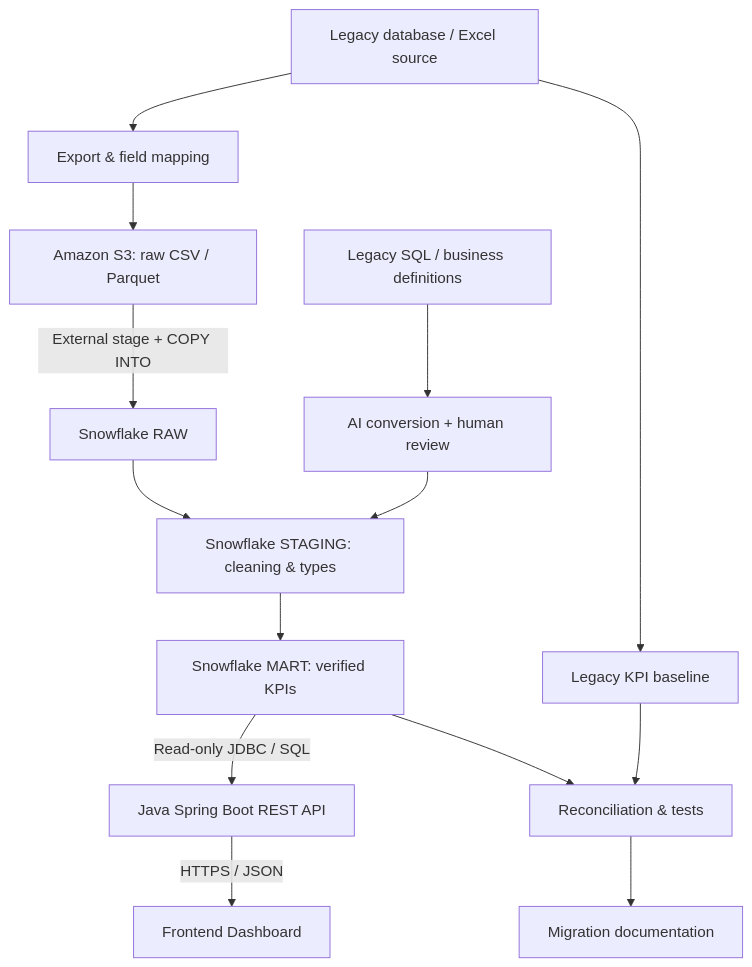
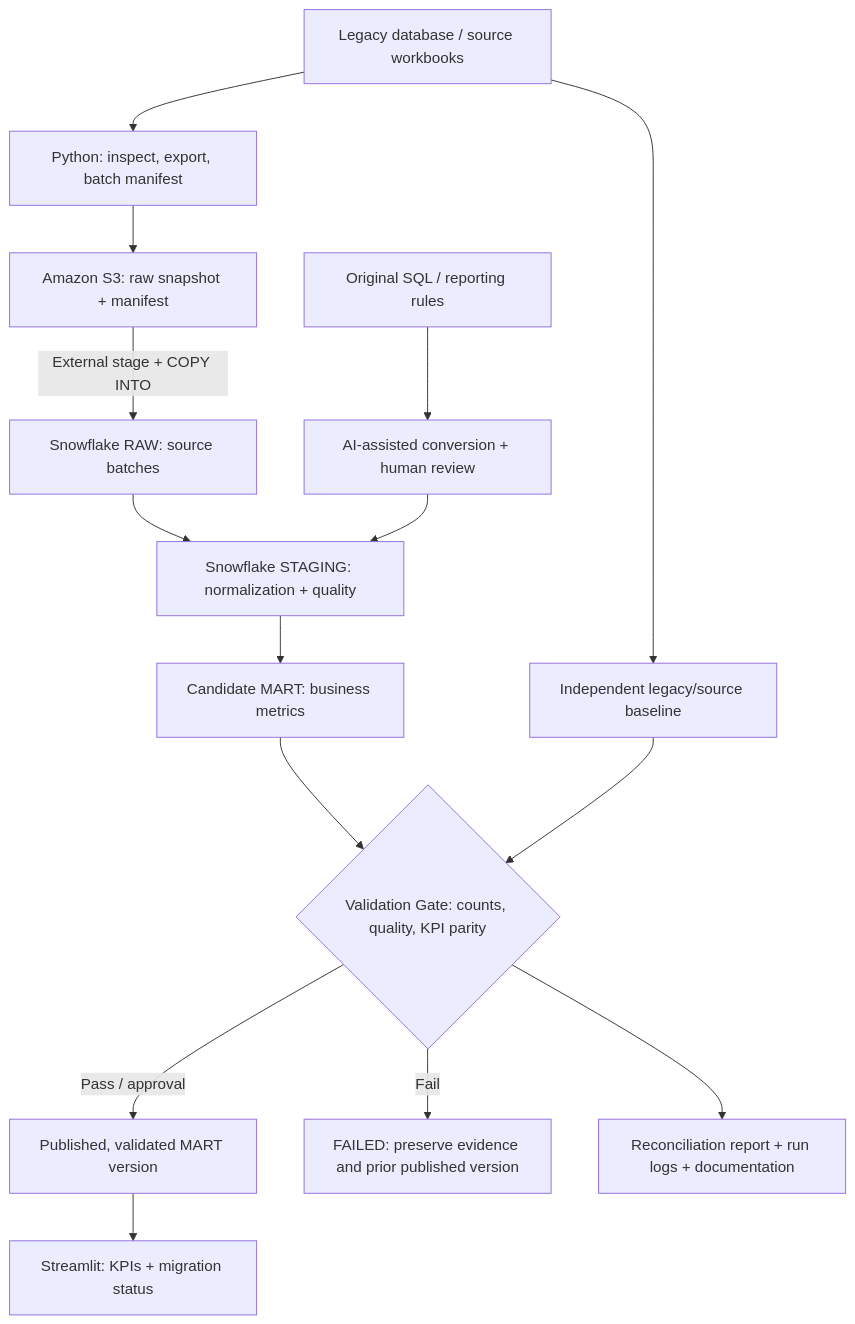
One commit to HackaThon-jok/datathon changed the diagram in README.md. Above: the diagram before and after it, drawn with Mermaid. The commit also changed other lines of this file and 21 other files, not shown here.

````diff
--- a/README.md
+++ b/README.md
@@ -25,16 +27,17 @@
 ```mermaid
 flowchart TD
-    A["Legacy database / Excel source"] --> B["Export & field mapping"]
-    B --> C["Amazon S3: raw CSV / Parquet"]
-    C -->|"External stage + COPY INTO"| D["Snowflake RAW"]
-    D --> E["Snowflake STAGING: cleaning & types"]
-    E --> F["Snowflake MART: verified KPIs"]
-    F -->|"Read-only JDBC / SQL"| G["Java Spring Boot REST API"]
-    G -->|"HTTPS / JSON"| H["Frontend Dashboard"]
-    I["Legacy SQL / business definitions"] --> J["AI conversion + human review"]
-    J --> E
-    A --> K["Legacy KPI baseline"]
-    F --> L["Reconciliation & tests"]
-    K --> L
-    L --> M["Migration documentation"]
+    A["Legacy database / source workbooks"] --> B["Python: inspect, export, batch manifest"]
+    B --> C["Amazon S3: raw snapshot + manifest"]
+    C -->|"External stage + COPY INTO"| D["Snowflake RAW: source batches"]
+    D --> E["Snowflake STAGING: normalization + quality"]
+    E --> F["Candidate MART: business metrics"]
+    A --> K["Independent legacy/source baseline"]
+    F --> V{"Validation Gate: counts, quality, KPI parity"}
+    K --> V
+    V -->|Pass / approval| P["Published, validated MART version"]
+    V -->|Fail| Q["FAILED: preserve evidence and prior published version"]
+    P --> H["Streamlit: KPIs + migration status"]
+    L["Original SQL / reporting rules"] --> AI["AI-assisted conversion + human review"]
+    AI --> E
+    V --> R["Reconciliation report + run logs + documentation"]
 ```
````
